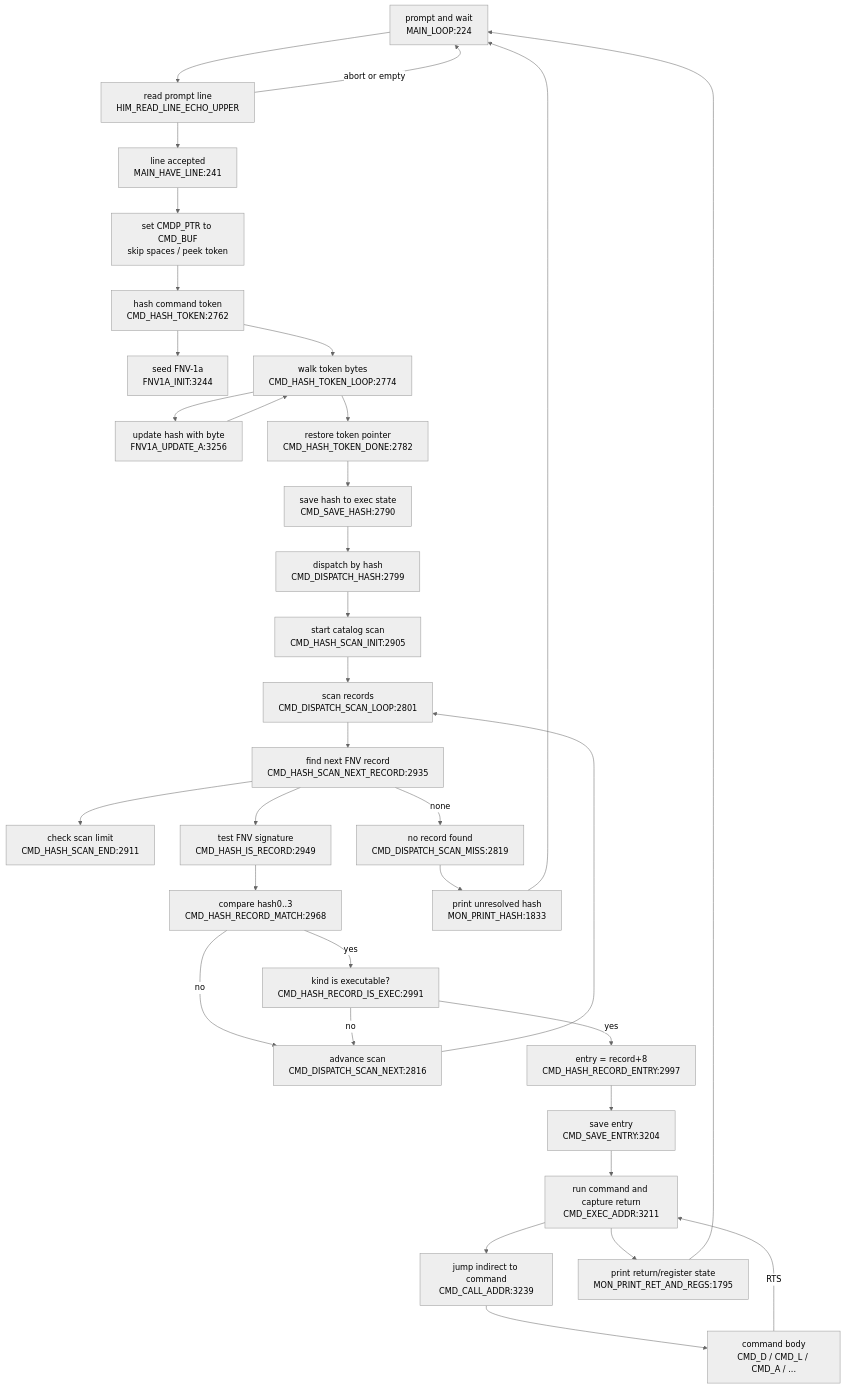
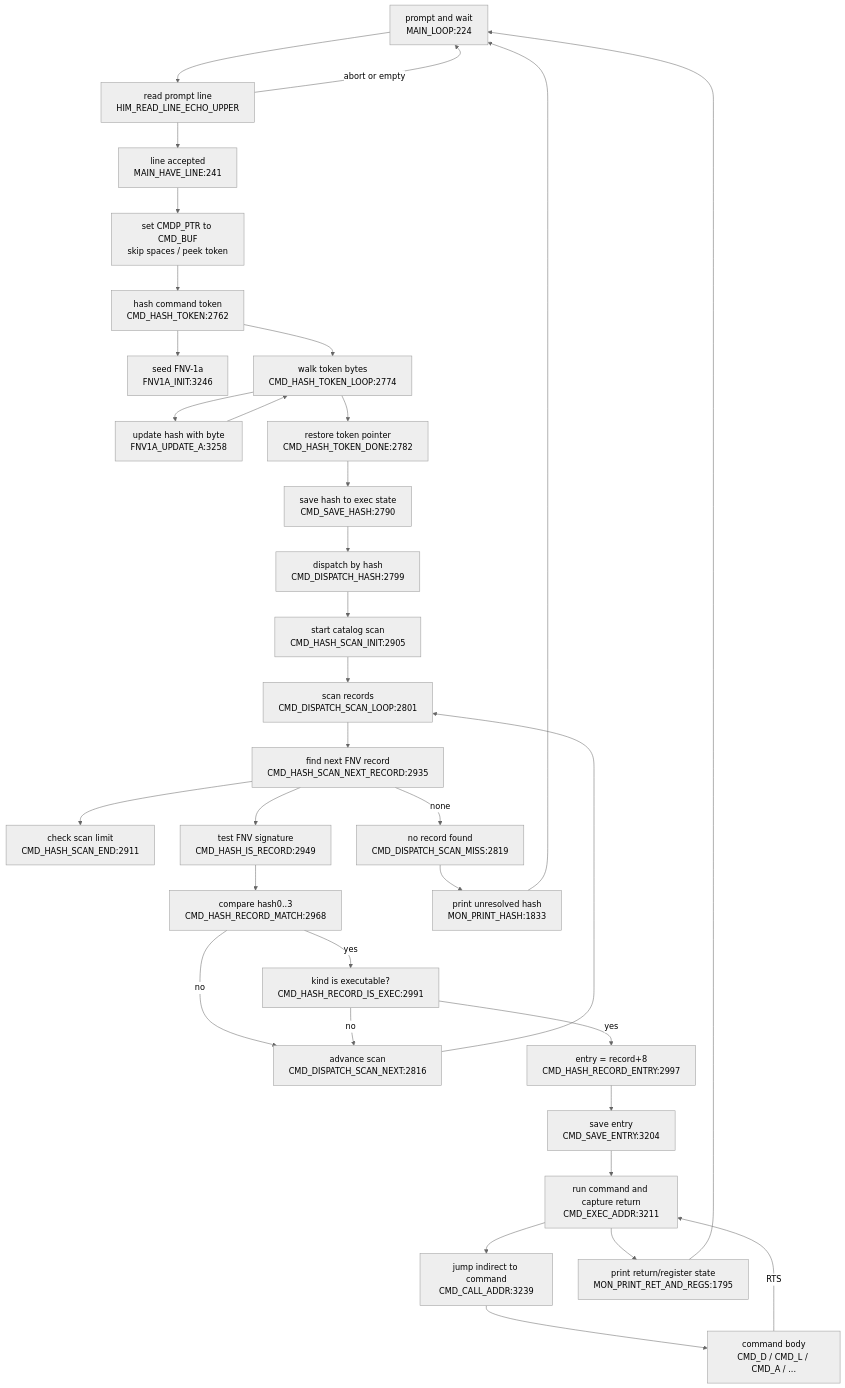
The diagram in DOC/GENERATED/CMD_FLOW_MAP.md (95westus/R-YORS), drawn with Mermaid (neutral theme) before and after one commit. The commit also changed other lines of this file and 5 other files, not shown here.

````diff
--- a/DOC/GENERATED/CMD_FLOW_MAP.md
+++ b/DOC/GENERATED/CMD_FLOW_MAP.md
@@ -10,36 +10,36 @@
 ```mermaid
 flowchart TD
     LOOP["prompt and wait<br/>MAIN_LOOP:224"] --> READ["read prompt line<br/>HIM_READ_LINE_ECHO_UPPER"]
     READ --> HAVE["line accepted<br/>MAIN_HAVE_LINE:241"]
     READ -->|abort or empty| LOOP
     HAVE --> PREP["set CMDP_PTR to CMD_BUF<br/>skip spaces / peek token"]
     PREP --> HASH["hash command token<br/>CMD_HASH_TOKEN:2762"]
-    HASH --> FNVINIT["seed FNV-1a<br/>FNV1A_INIT:3244"]
+    HASH --> FNVINIT["seed FNV-1a<br/>FNV1A_INIT:3246"]
     HASH --> HASHLOOP["walk token bytes<br/>CMD_HASH_TOKEN_LOOP:2774"]
-    HASHLOOP --> UPDATE["update hash with byte<br/>FNV1A_UPDATE_A:3256"]
+    HASHLOOP --> UPDATE["update hash with byte<br/>FNV1A_UPDATE_A:3258"]
     UPDATE --> HASHLOOP
     HASHLOOP --> DONE["restore token pointer<br/>CMD_HASH_TOKEN_DONE:2782"]
     DONE --> SAVEHASH["save hash to exec state<br/>CMD_SAVE_HASH:2790"]
     SAVEHASH --> DISPATCH["dispatch by hash<br/>CMD_DISPATCH_HASH:2799"]
     DISPATCH --> SCANINIT["start catalog scan<br/>CMD_HASH_SCAN_INIT:2905"]
     SCANINIT --> SCANLOOP["scan records<br/>CMD_DISPATCH_SCAN_LOOP:2801"]
     SCANLOOP --> NEXTREC["find next FNV record<br/>CMD_HASH_SCAN_NEXT_RECORD:2935"]
     NEXTREC --> ENDCHK["check scan limit<br/>CMD_HASH_SCAN_END:2911"]
     NEXTREC --> ISREC["test FNV signature<br/>CMD_HASH_IS_RECORD:2949"]
     NEXTREC -->|none| MISS["no record found<br/>CMD_DISPATCH_SCAN_MISS:2819"]
     ISREC --> MATCH["compare hash0..3<br/>CMD_HASH_RECORD_MATCH:2968"]
     MATCH -->|no| ADV["advance scan<br/>CMD_DISPATCH_SCAN_NEXT:2816"]
     ADV --> SCANLOOP
     MATCH -->|yes| EXECOK["kind is executable?<br/>CMD_HASH_RECORD_IS_EXEC:2991"]
     EXECOK -->|no| ADV
     EXECOK -->|yes| ENTRY["entry = record+8<br/>CMD_HASH_RECORD_ENTRY:2997"]
     ENTRY --> SAVEENTRY["save entry<br/>CMD_SAVE_ENTRY:3204"]
     SAVEENTRY --> RUN["run command and capture return<br/>CMD_EXEC_ADDR:3211"]
     RUN --> CALL["jump indirect to command<br/>CMD_CALL_ADDR:3239"]
     CALL --> BODY["command body<br/>CMD_D / CMD_L / CMD_A / ..."]
     BODY -->|RTS| RUN
     RUN --> RETPRINT["print return/register state<br/>MON_PRINT_RET_AND_REGS:1795"]
     RETPRINT --> LOOP
     MISS --> PRHASH["print unresolved hash<br/>MON_PRINT_HASH:1833"]
     PRHASH --> LOOP
 ```
````
